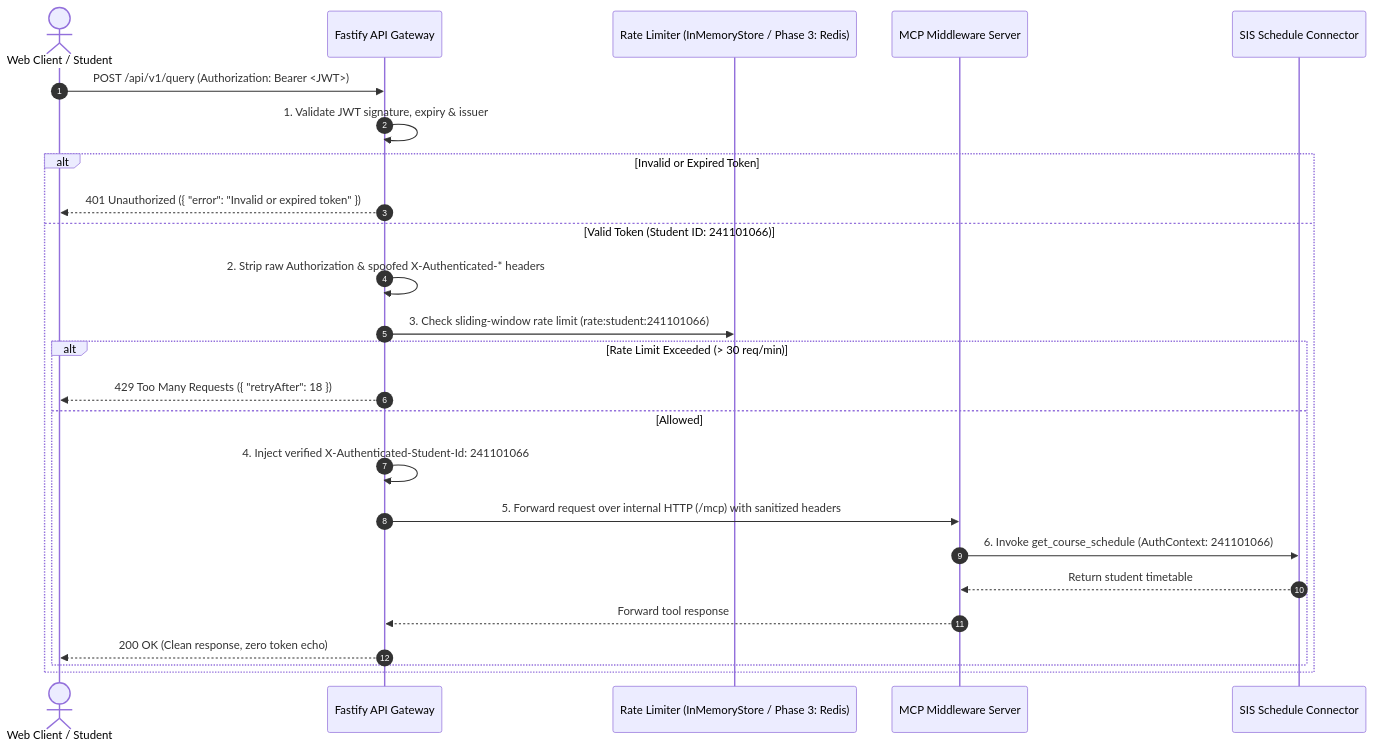
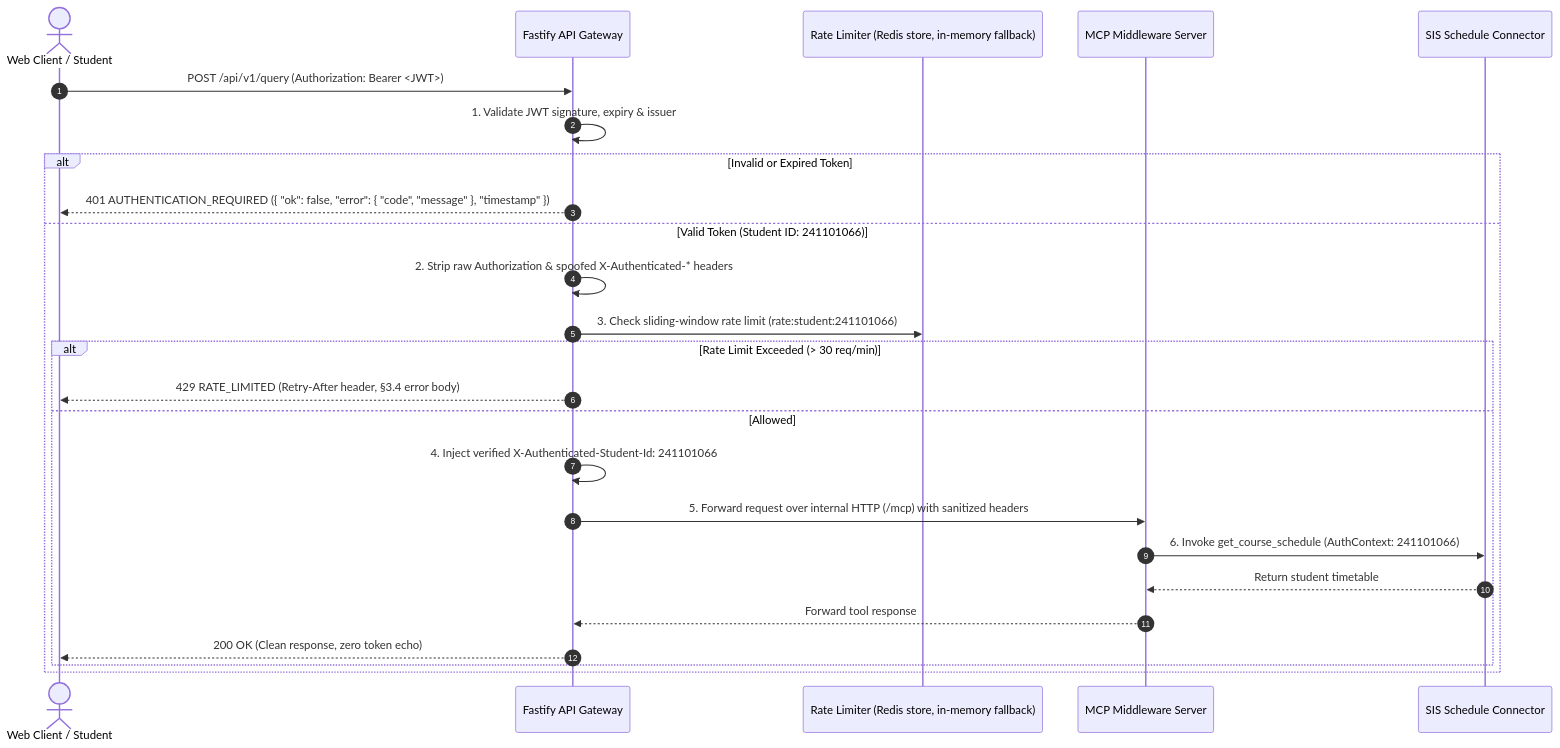
One commit to cmuratt/BIL481-2026-Project changed the fourth of 9 diagrams in docs/Design_Document.md. Above: the diagram before and after it, drawn with Mermaid. The commit also changed other lines of this file, not shown here.

First line of the commit message:
docs(pa3): update Design Document for the gateway and connector tier (v1.3)

````diff
--- a/docs/Design_Document.md
+++ b/docs/Design_Document.md
@@ -480,28 +500,28 @@
 ```mermaid
 sequenceDiagram
     autonumber
     actor Client as Web Client / Student
     participant Gateway as Fastify API Gateway
-    participant Limiter as Rate Limiter (InMemoryStore / Phase 3: Redis)
+    participant Limiter as Rate Limiter (Redis store, in-memory fallback)
     participant MCP as MCP Middleware Server
     participant SIS as SIS Schedule Connector
 
     Client->>Gateway: POST /api/v1/query (Authorization: Bearer <JWT>)
     Gateway->>Gateway: 1. Validate JWT signature, expiry & issuer
     alt Invalid or Expired Token
-        Gateway-->>Client: 401 Unauthorized ({ "error": "Invalid or expired token" })
+        Gateway-->>Client: 401 AUTHENTICATION_REQUIRED ({ "ok": false, "error": { "code", "message" }, "timestamp" })
     else Valid Token (Student ID: 241101066)
         Gateway->>Gateway: 2. Strip raw Authorization & spoofed X-Authenticated-* headers
         Gateway->>Limiter: 3. Check sliding-window rate limit (rate:student:241101066)
         alt Rate Limit Exceeded (> 30 req/min)
-            Gateway-->>Client: 429 Too Many Requests ({ "retryAfter": 18 })
+            Gateway-->>Client: 429 RATE_LIMITED (Retry-After header, §3.4 error body)
         else Allowed
             Gateway->>Gateway: 4. Inject verified X-Authenticated-Student-Id: 241101066
             Gateway->>MCP: 5. Forward request over internal HTTP (/mcp) with sanitized headers
             MCP->>SIS: 6. Invoke get_course_schedule (AuthContext: 241101066)
             SIS-->>MCP: Return student timetable
             MCP-->>Gateway: Forward tool response
             Gateway-->>Client: 200 OK (Clean response, zero token echo)
         end
     end
 ```
````
